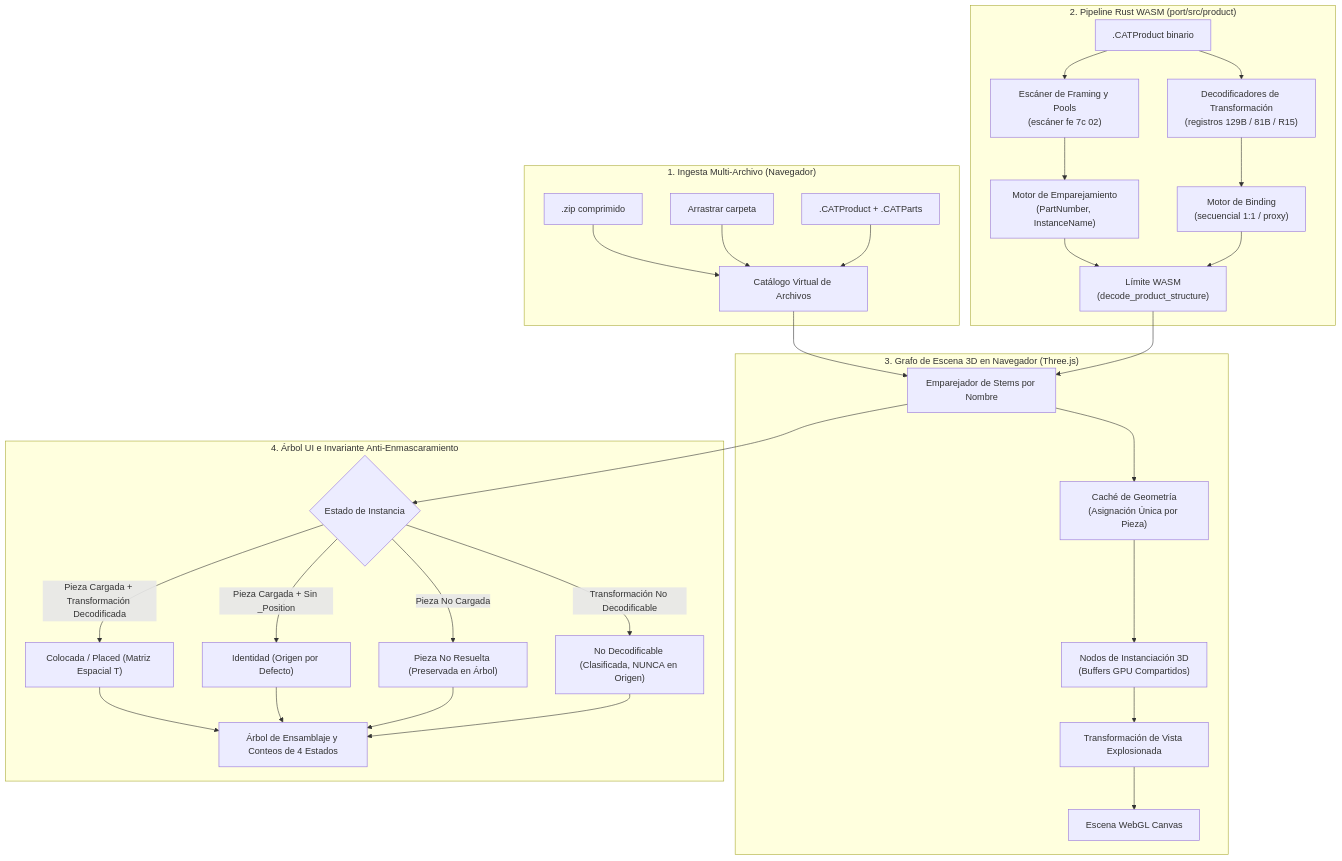
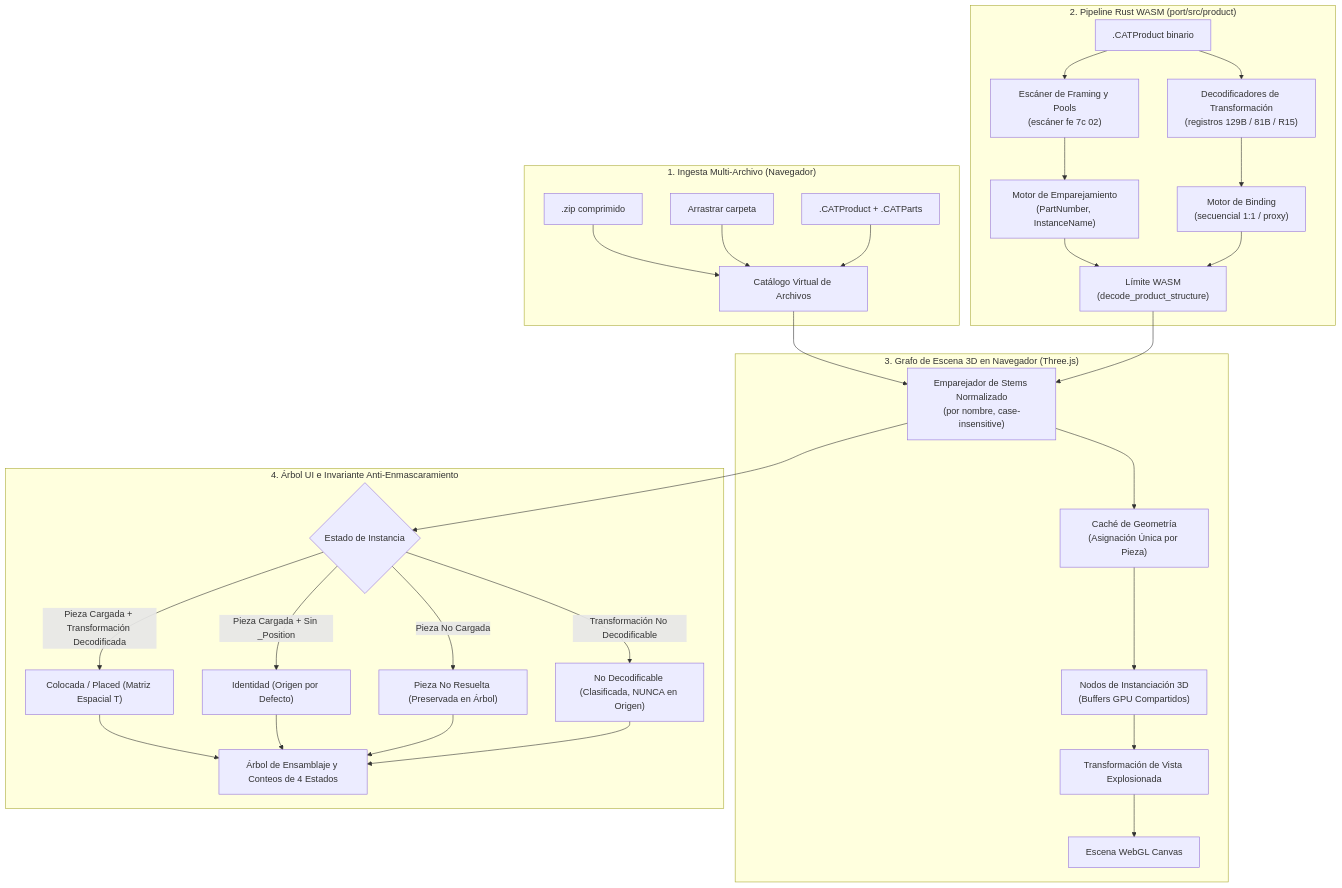
One commit to MadManJohnSmith/catpart-parser changed the diagram in README.es.md. Above: the diagram before and after it, drawn with Mermaid. The commit also changed other lines of this file, not shown here.

````diff
--- a/README.es.md
+++ b/README.es.md
@@ -197,38 +136,38 @@
 ```mermaid
 flowchart TD
     subgraph Ingestion["1. Ingesta Multi-Archivo (Navegador)"]
         ZIP[".zip comprimido"] --> CAT["Catálogo Virtual de Archivos"]
         DIR["Arrastrar carpeta"] --> CAT
         FILES[".CATProduct + .CATParts"] --> CAT
     end
 
     subgraph RustWasm["2. Pipeline Rust WASM (port/src/product)"]
         PROD[".CATProduct binario"] --> FRAME["Escáner de Framing y Pools\n(escáner fe 7c 02)"]
         FRAME --> PAIR["Motor de Emparejamiento\n(PartNumber, InstanceName)"]
         PROD --> TRANS["Decodificadores de Transformación\n(registros 129B / 81B / R15)"]
         TRANS --> BIND["Motor de Binding\n(secuencial 1:1 / proxy)"]
         PAIR --> WASM["Límite WASM\n(decode_product_structure)"]
         BIND --> WASM
     end
 
     subgraph ViewerScene["3. Grafo de Escena 3D en Navegador (Three.js)"]
-        CAT --> STEM["Emparejador de Stems por Nombre"]
+        CAT --> STEM["Emparejador de Stems Normalizado\n(por nombre, case-insensitive)"]
         WASM --> STEM
         STEM --> CACHE["Caché de Geometría\n(Asignación Única por Pieza)"]
         CACHE --> INST["Nodos de Instanciación 3D\n(Buffers GPU Compartidos)"]
         INST --> EXP["Transformación de Vista Explosionada"]
         EXP --> CANVAS["Escena WebGL Canvas"]
     end
 
     subgraph Classification["4. Árbol UI e Invariante Anti-Enmascaramiento"]
         STEM --> CLAS{"Estado de Instancia"}
         CLAS -->|Pieza Cargada + Transformación Decodificada| PLACED["Colocada / Placed (Matriz Espacial T)"]
         CLAS -->|Pieza Cargada + Sin _Position| IDENT["Identidad (Origen por Defecto)"]
         CLAS -->|Pieza No Cargada| UNRES["Pieza No Resuelta (Preservada en Árbol)"]
         CLAS -->|Transformación No Decodificable| UNDEC["No Decodificable (Clasificada, NUNCA en Origen)"]
         PLACED --> TREE["Árbol de Ensamblaje y Conteos de 4 Estados"]
         IDENT --> TREE
         UNRES --> TREE
         UNDEC --> TREE
     end
 ```
````
